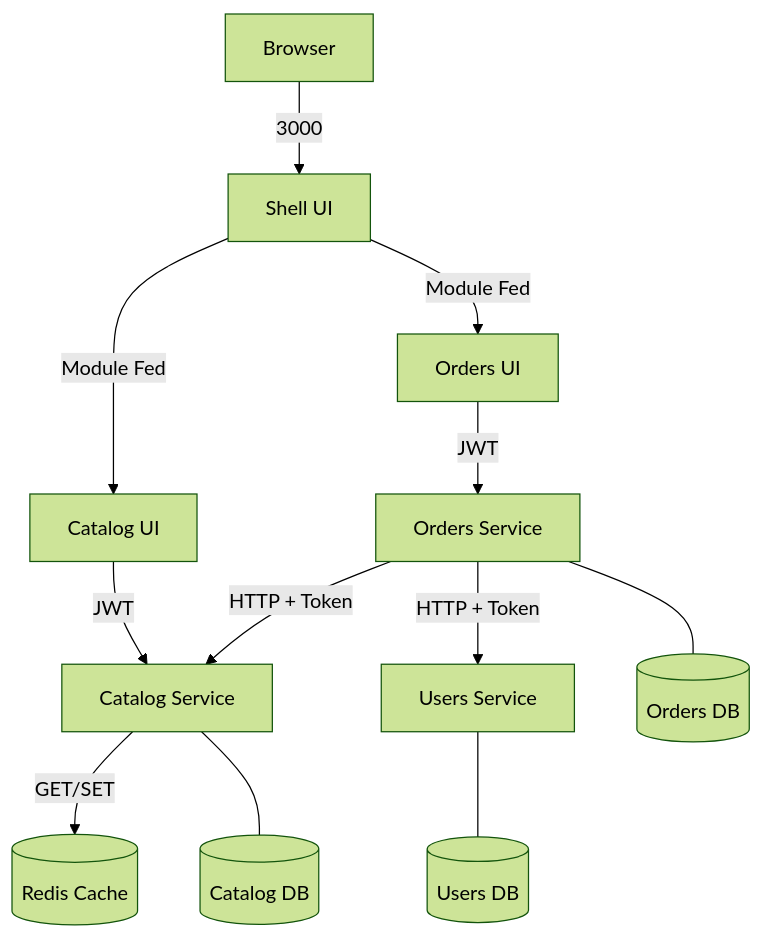
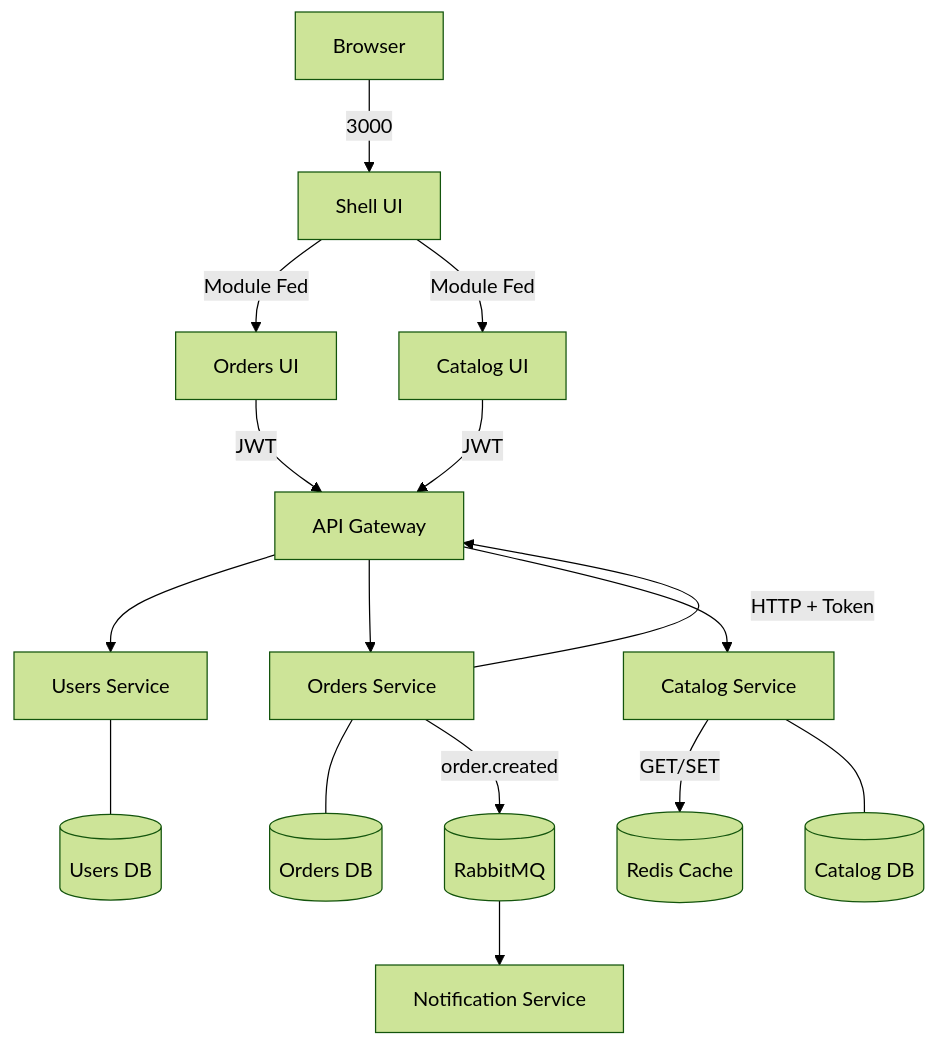
Before and after one commit to FelipeRodrigues26/e-commerce: the diagram in README.md, drawn with Mermaid (forest theme). The commit also changed other lines of this file and 6 other files, not shown here.

````diff
--- a/README.md
+++ b/README.md
@@ -41,18 +22,24 @@
 ```mermaid
 graph TD
     Client[Browser] -- 3000 --> Shell[Shell UI]
     Shell -- Module Fed --> OrdersMFE[Orders UI]
     Shell -- Module Fed --> CatalogMFE[Catalog UI]
     
-    OrdersMFE -- JWT --> OrdersSvc[Orders Service]
-    CatalogMFE -- JWT --> CatalogSvc[Catalog Service]
+    OrdersMFE -- JWT --> Gateway[API Gateway]
+    CatalogMFE -- JWT --> Gateway[API Gateway]
     
-    OrdersSvc -- HTTP + Token --> CatalogSvc
-    OrdersSvc -- HTTP + Token --> UsersSvc[Users Service]
+    Gateway --> UsersSvc[Users Service]
+    Gateway --> OrdersSvc[Orders Service]
+    Gateway --> CatalogSvc[Catalog Service]
+    
+    OrdersSvc -- HTTP + Token --> Gateway
     
     CatalogSvc -- GET/SET --> Redis[(Redis Cache)]
     
     OrdersSvc --- OrdDB[(Orders DB)]
     CatalogSvc --- CatDB[(Catalog DB)]
     UsersSvc --- UsrDB[(Users DB)]
+
+    OrdersSvc -- order.created --> Rabbit[(RabbitMQ)]
+    Rabbit --> Notify[Notification Service]
 ```
````
